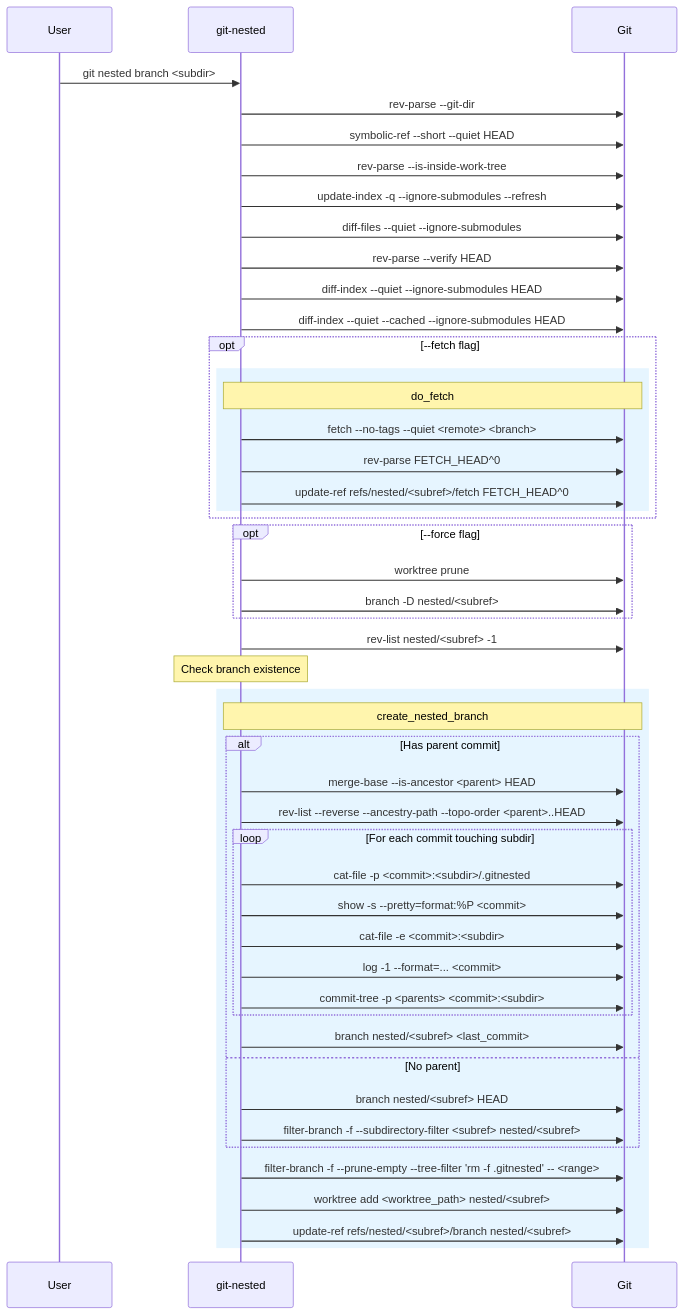
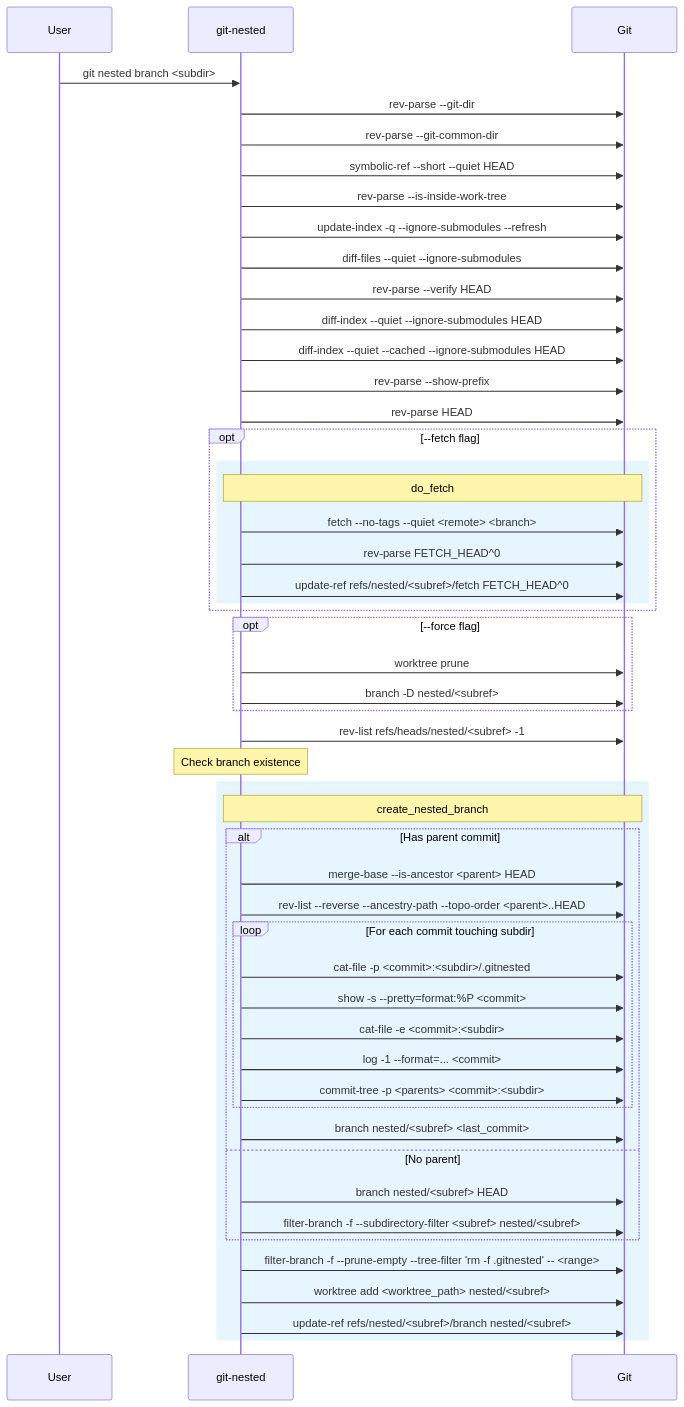
The sixth of 12 diagrams in docs/diagrams.md (thorsten-klein/git-nested), drawn with Mermaid before and after one commit. The commit also changed other lines of this file and 12 other files, not shown here.

````diff
--- a/docs/diagrams.md
+++ b/docs/diagrams.md
@@ -288,56 +303,59 @@
 ```mermaid
 sequenceDiagram
     participant User
     participant git-nested
     participant Git
 
     User->>git-nested: git nested branch <subdir>
     git-nested->>Git: rev-parse --git-dir
+    git-nested->>Git: rev-parse --git-common-dir
     git-nested->>Git: symbolic-ref --short --quiet HEAD
     git-nested->>Git: rev-parse --is-inside-work-tree
     git-nested->>Git: update-index -q --ignore-submodules --refresh
     git-nested->>Git: diff-files --quiet --ignore-submodules
     git-nested->>Git: rev-parse --verify HEAD
     git-nested->>Git: diff-index --quiet --ignore-submodules HEAD
     git-nested->>Git: diff-index --quiet --cached --ignore-submodules HEAD
+    git-nested->>Git: rev-parse --show-prefix
+    git-nested->>Git: rev-parse HEAD
 
     opt --fetch flag
         rect rgb(230, 245, 255)
             Note over git-nested,Git: do_fetch
             git-nested->>Git: fetch --no-tags --quiet <remote> <branch>
             git-nested->>Git: rev-parse FETCH_HEAD^0
             git-nested->>Git: update-ref refs/nested/<subref>/fetch FETCH_HEAD^0
         end
     end
 
     opt --force flag
         git-nested->>Git: worktree prune
         git-nested->>Git: branch -D nested/<subref>
     end
 
-    git-nested->>Git: rev-list nested/<subref> -1
+    git-nested->>Git: rev-list refs/heads/nested/<subref> -1
     Note over git-nested: Check branch existence
 
     rect rgb(230, 245, 255)
         Note over git-nested,Git: create_nested_branch
         alt Has parent commit
             git-nested->>Git: merge-base --is-ancestor <parent> HEAD
             git-nested->>Git: rev-list --reverse --ancestry-path --topo-order <parent>..HEAD
             loop For each commit touching subdir
                 git-nested->>Git: cat-file -p <commit>:<subdir>/.gitnested
                 git-nested->>Git: show -s --pretty=format:%P <commit>
                 git-nested->>Git: cat-file -e <commit>:<subdir>
                 git-nested->>Git: log -1 --format=... <commit>
                 git-nested->>Git: commit-tree -p <parents> <commit>:<subdir>
             end
             git-nested->>Git: branch nested/<subref> <last_commit>
         else No parent
             git-nested->>Git: branch nested/<subref> HEAD
             git-nested->>Git: filter-branch -f --subdirectory-filter <subref> nested/<subref>
         end
 
         git-nested->>Git: filter-branch -f --prune-empty --tree-filter 'rm -f .gitnested' -- <range>
         git-nested->>Git: worktree add <worktree_path> nested/<subref>
         git-nested->>Git: update-ref refs/nested/<subref>/branch nested/<subref>
     end
 ```
````
